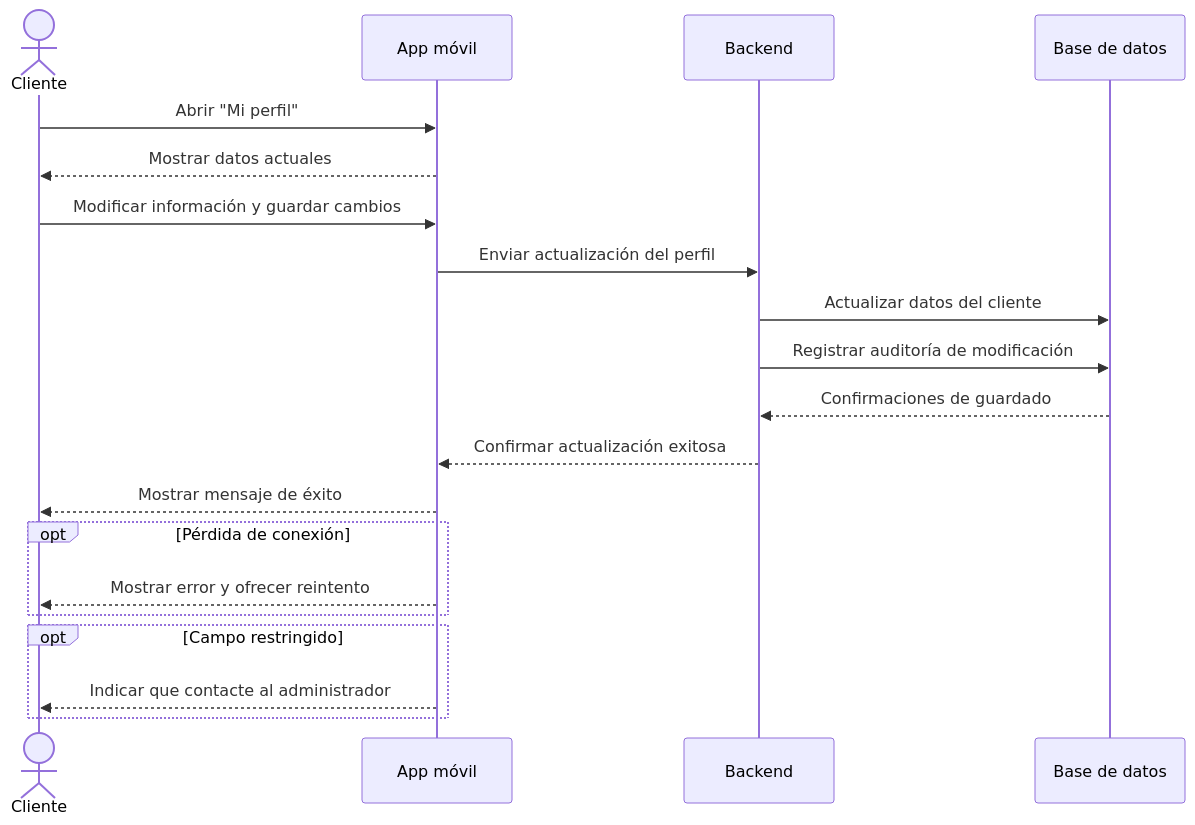
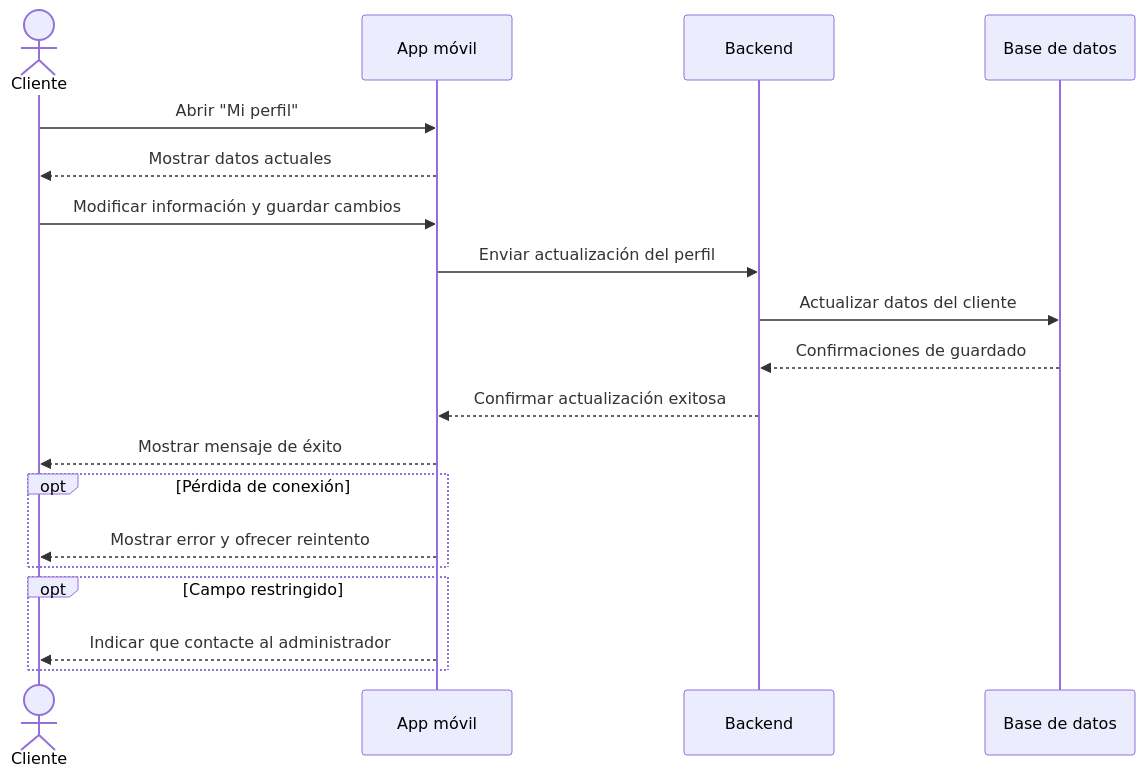
The second of 7 diagrams in diagramas_secuencia.md (felixherrera2196/GymApp), drawn with Mermaid before and after one commit. The commit also changed other lines of this file and 7 other files, not shown here.

````diff
--- a/diagramas_secuencia.md
+++ b/diagramas_secuencia.md
@@ -36,23 +35,22 @@
 ```mermaid
 sequenceDiagram
     actor Cliente
     participant App as App móvil
     participant Backend
     participant DB as Base de datos
 
     Cliente->>App: Abrir "Mi perfil"
     App-->>Cliente: Mostrar datos actuales
     Cliente->>App: Modificar información y guardar cambios
     App->>Backend: Enviar actualización del perfil
     Backend->>DB: Actualizar datos del cliente
-    Backend->>DB: Registrar auditoría de modificación
     DB-->>Backend: Confirmaciones de guardado
     Backend-->>App: Confirmar actualización exitosa
     App-->>Cliente: Mostrar mensaje de éxito
     opt Pérdida de conexión
         App-->>Cliente: Mostrar error y ofrecer reintento
     end
     opt Campo restringido
         App-->>Cliente: Indicar que contacte al administrador
     end
 ```
````
